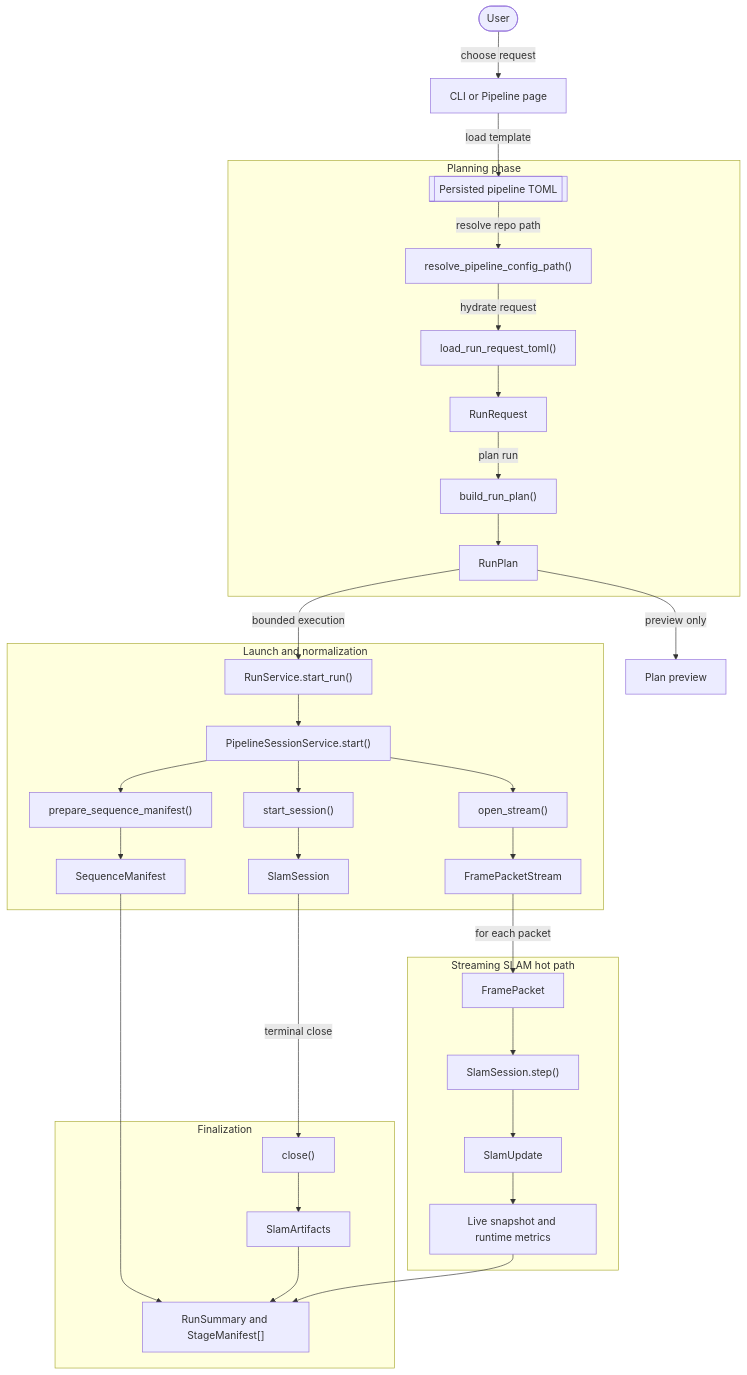
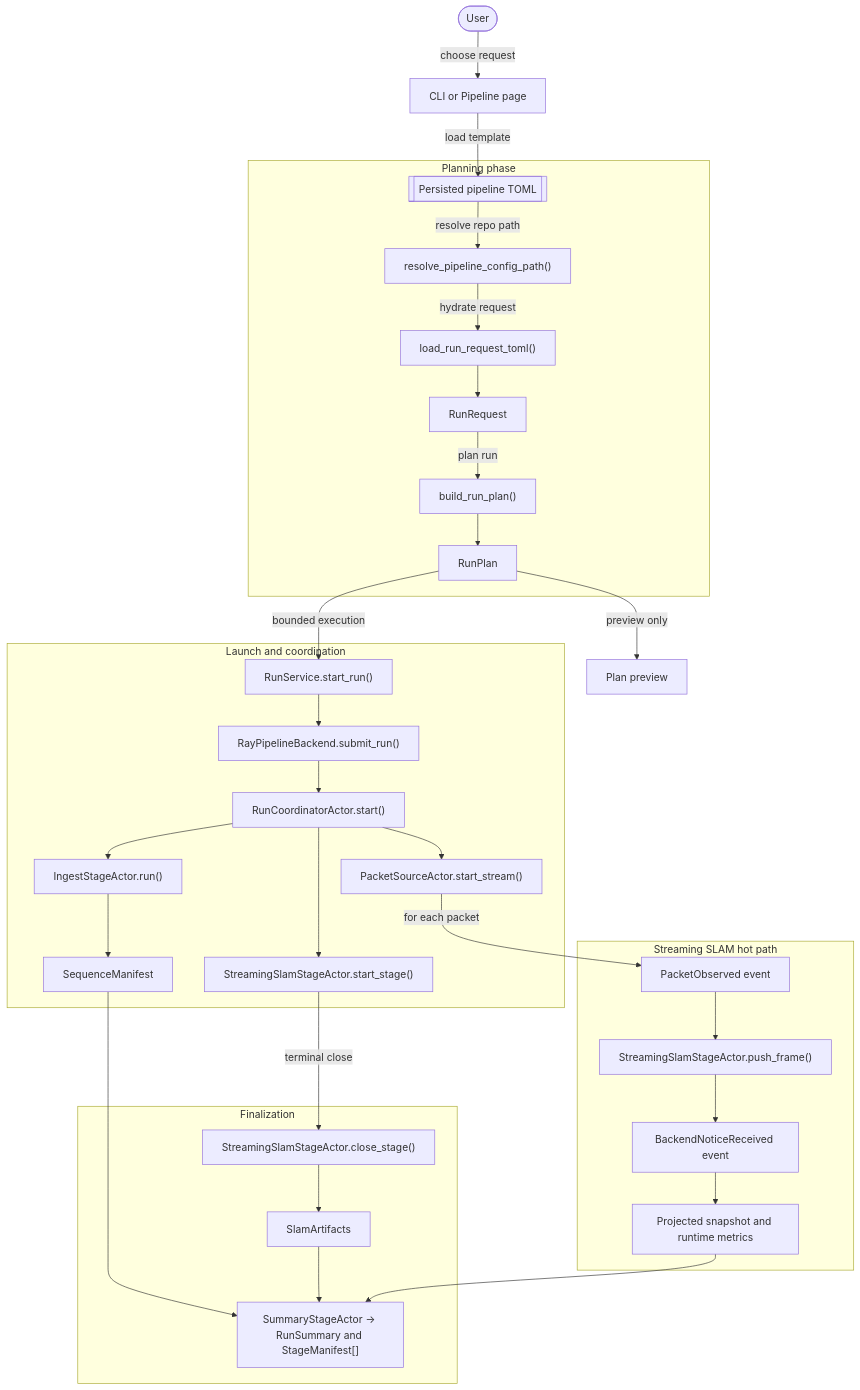
One commit to JanDuchscherer104/prml-vslam changed the diagram in docs/figures/mermaid/mermaid_pipeline_request_flow.mmd. Above: the diagram before and after it, drawn with Mermaid. The commit also changed 101 other files, not shown here.

```diff
--- a/docs/figures/mermaid/mermaid_pipeline_request_flow.mmd
+++ b/docs/figures/mermaid/mermaid_pipeline_request_flow.mmd
@@ -1,66 +1,64 @@
 flowchart TD
     user(["User"])
     surface["CLI or Pipeline page"]
     preview["Plan preview"]
 
     subgraph planning["Planning phase"]
         toml[["Persisted pipeline TOML"]]
         load["load_run_request_toml()"]
         request["RunRequest"]
         paths["resolve_pipeline_config_path()"]
         planner["build_run_plan()"]
         plan["RunPlan"]
     end
 
-    subgraph launch["Launch and normalization"]
+    subgraph launch["Launch and coordination"]
         runsvc["RunService.start_run()"]
-        session["PipelineSessionService.start()"]
-        prep["prepare_sequence_manifest()"]
+        backend["RayPipelineBackend.submit_run()"]
+        coord["RunCoordinatorActor.start()"]
+        ingest["IngestStageActor.run()"]
         manifest["SequenceManifest"]
-        open["open_stream()"]
-        stream["FramePacketStream"]
-        start["start_session()"]
-        slam_session["SlamSession"]
+        source["PacketSourceActor.start_stream()"]
+        slam_start["StreamingSlamStageActor.start_stage()"]
     end
 
     subgraph hotpath["Streaming SLAM hot path"]
-        frame["FramePacket"]
-        step["SlamSession.step()"]
-        update["SlamUpdate"]
-        snapshot["Live snapshot and runtime metrics"]
+        frame["PacketObserved event"]
+        step["StreamingSlamStageActor.push_frame()"]
+        update["BackendNoticeReceived event"]
+        snapshot["Projected snapshot and runtime metrics"]
     end
 
     subgraph finalize["Finalization"]
-        close["close()"]
+        close["StreamingSlamStageActor.close_stage()"]
         artifacts["SlamArtifacts"]
-        summary["RunSummary and StageManifest[]"]
+        summary["SummaryStageActor -> RunSummary and StageManifest[]"]
     end
 
     user -->|"choose request"| surface
     surface -->|"load template"| toml
     toml -->|"resolve repo path"| paths
     paths -->|"hydrate request"| load
     load --> request
     request -->|"plan run"| planner
     planner --> plan
     plan -->|"preview only"| preview
     plan -->|"bounded execution"| runsvc
 
-    runsvc --> session
-    session --> prep
-    prep --> manifest
-    session --> open
-    open --> stream
-    session --> start
-    start --> slam_session
+    runsvc --> backend
+    backend --> coord
+    coord --> ingest
+    ingest --> manifest
+    coord --> source
+    coord --> slam_start
 
-    stream -->|"for each packet"| frame
+    source -->|"for each packet"| frame
     frame --> step
     step --> update
     update --> snapshot
 
-    slam_session -->|"terminal close"| close
+    slam_start -->|"terminal close"| close
     close --> artifacts
     manifest --> summary
     artifacts --> summary
     snapshot --> summary
```
